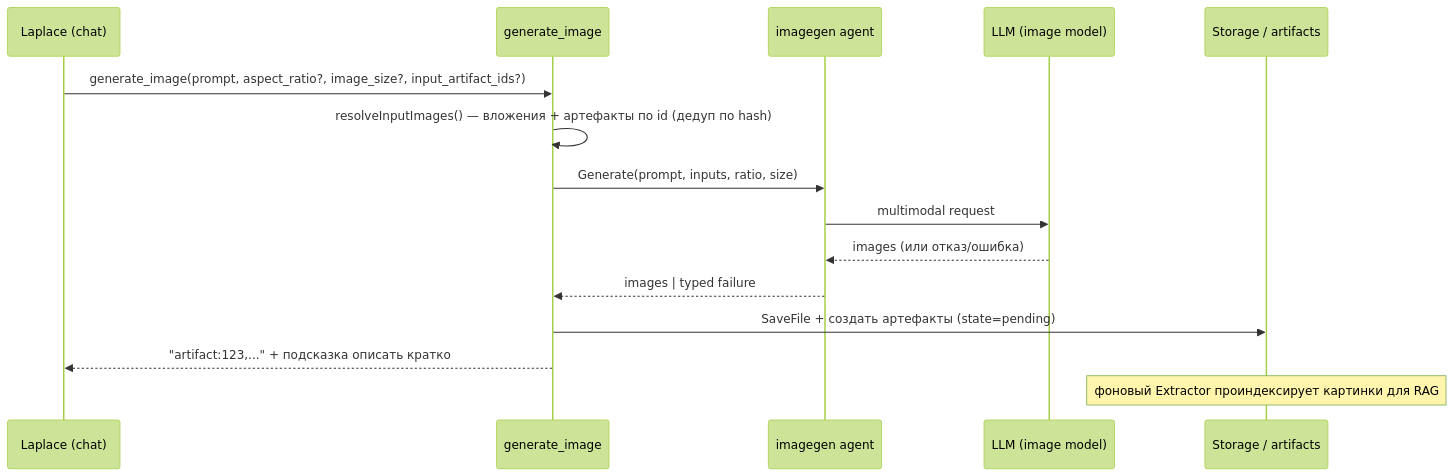
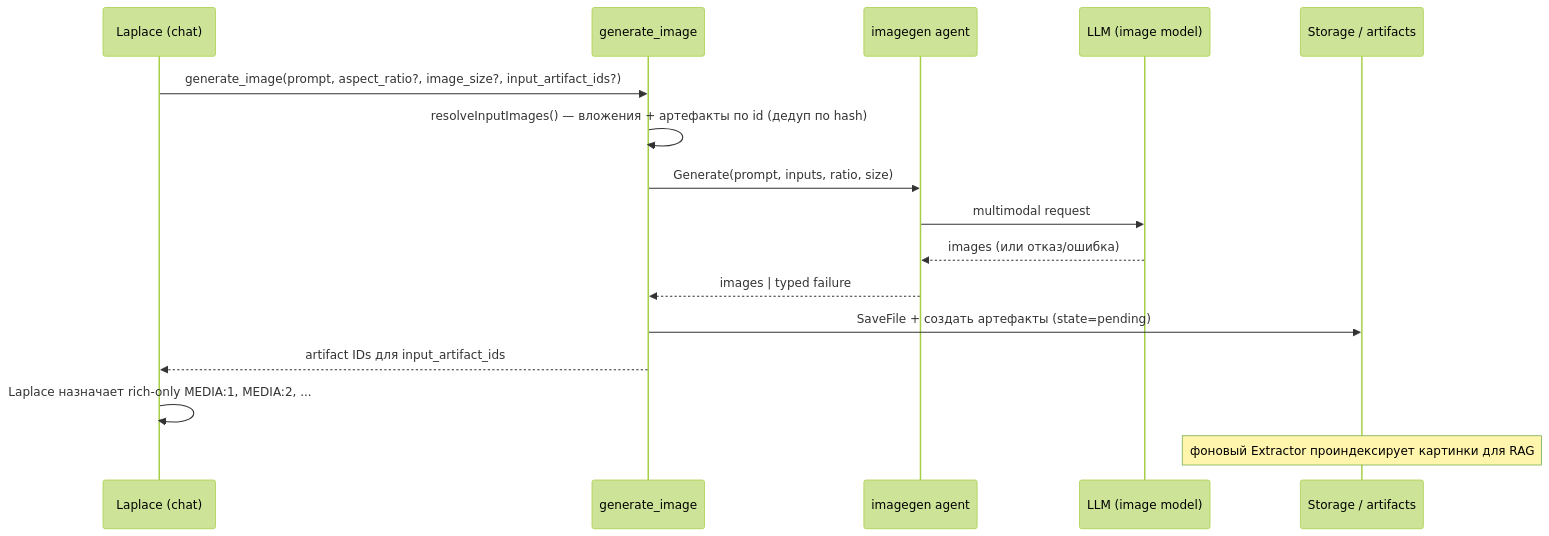
Before and after one commit to runixer/laplaced: the diagram in docs/architecture/image-generation.md, drawn with Mermaid (forest theme). The commit also changed other lines of this file and 38 other files, not shown here.

Commit message:
Allow model-directed rich media placement

````diff
--- a/docs/architecture/image-generation.md
+++ b/docs/architecture/image-generation.md
@@ -22,18 +22,19 @@
 ```mermaid
 sequenceDiagram
     participant LLM as Laplace (chat)
     participant Tool as generate_image
     participant IG as imagegen agent
     participant API as LLM (image model)
     participant ST as Storage / artifacts
 
     LLM->>Tool: generate_image(prompt, aspect_ratio?, image_size?, input_artifact_ids?)
     Tool->>Tool: resolveInputImages() — вложения + артефакты по id (дедуп по hash)
     Tool->>IG: Generate(prompt, inputs, ratio, size)
     IG->>API: multimodal request
     API-->>IG: images (или отказ/ошибка)
     IG-->>Tool: images | typed failure
     Tool->>ST: SaveFile + создать артефакты (state=pending)
-    Tool-->>LLM: "artifact:123,..." + подсказка описать кратко
+    Tool-->>LLM: artifact IDs для input_artifact_ids
+    LLM->>LLM: Laplace назначает rich-only MEDIA:1, MEDIA:2, ...
     Note over ST: фоновый Extractor проиндексирует картинки для RAG
 ```
````
